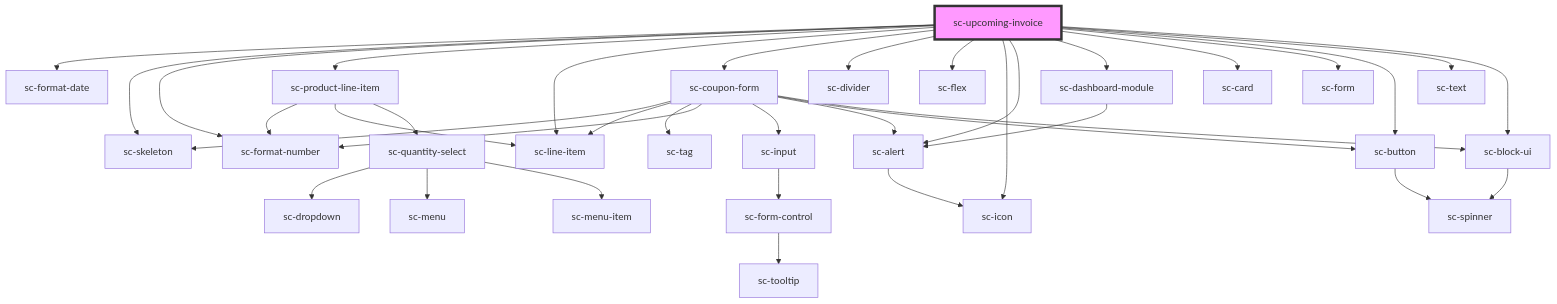
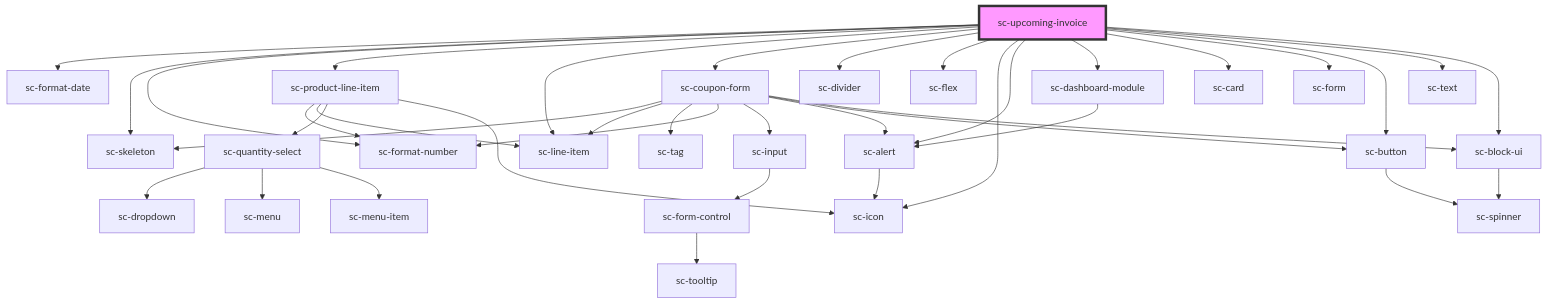
The diagram in packages/components/src/components/controllers/dashboard/upcoming-invoice/readme.md (surecart/surecart-wp-plugin), drawn with Mermaid before and after one commit. The commit also changed 8 other files, not shown here.

````diff
--- a/packages/components/src/components/controllers/dashboard/upcoming-invoice/readme.md
+++ b/packages/components/src/components/controllers/dashboard/upcoming-invoice/readme.md
@@ -44,40 +44,41 @@
 ```mermaid
 graph TD;
   sc-upcoming-invoice --> sc-format-date
   sc-upcoming-invoice --> sc-skeleton
   sc-upcoming-invoice --> sc-format-number
   sc-upcoming-invoice --> sc-product-line-item
   sc-upcoming-invoice --> sc-line-item
   sc-upcoming-invoice --> sc-coupon-form
   sc-upcoming-invoice --> sc-divider
   sc-upcoming-invoice --> sc-flex
   sc-upcoming-invoice --> sc-icon
   sc-upcoming-invoice --> sc-alert
   sc-upcoming-invoice --> sc-dashboard-module
   sc-upcoming-invoice --> sc-card
   sc-upcoming-invoice --> sc-form
   sc-upcoming-invoice --> sc-button
   sc-upcoming-invoice --> sc-text
   sc-upcoming-invoice --> sc-block-ui
   sc-product-line-item --> sc-format-number
   sc-product-line-item --> sc-line-item
   sc-product-line-item --> sc-quantity-select
+  sc-product-line-item --> sc-icon
   sc-quantity-select --> sc-dropdown
   sc-quantity-select --> sc-menu
   sc-quantity-select --> sc-menu-item
   sc-coupon-form --> sc-skeleton
   sc-coupon-form --> sc-line-item
   sc-coupon-form --> sc-tag
   sc-coupon-form --> sc-format-number
   sc-coupon-form --> sc-input
   sc-coupon-form --> sc-alert
   sc-coupon-form --> sc-button
   sc-coupon-form --> sc-block-ui
   sc-input --> sc-form-control
   sc-form-control --> sc-tooltip
   sc-alert --> sc-icon
   sc-button --> sc-spinner
   sc-block-ui --> sc-spinner
   sc-dashboard-module --> sc-alert
   style sc-upcoming-invoice fill:#f9f,stroke:#333,stroke-width:4px
 ```
````
